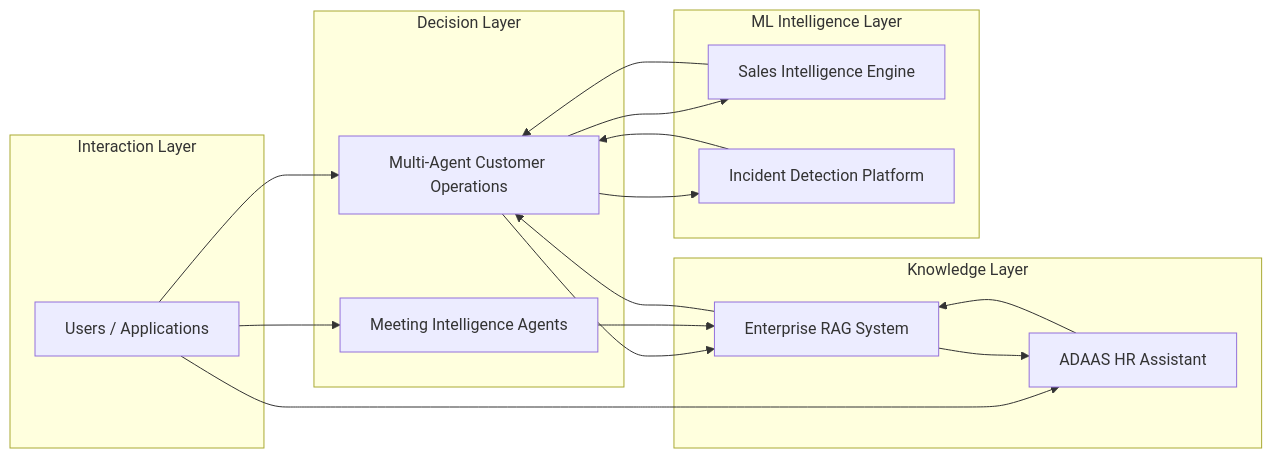
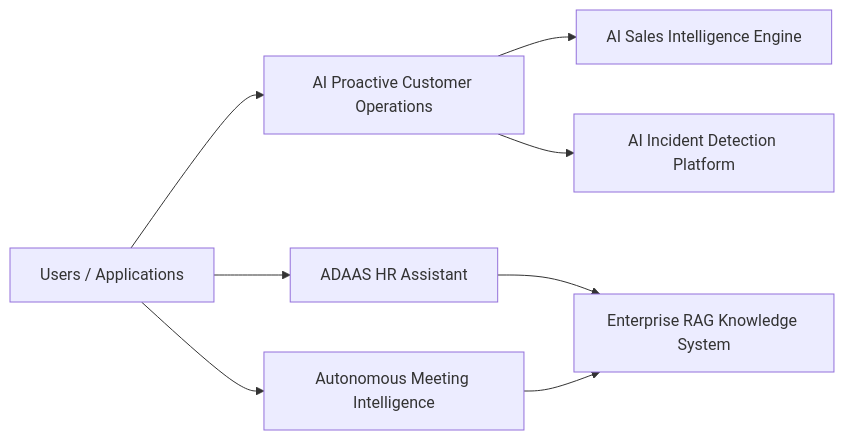
One commit to Adityansh-Chand/ai-engineering-portfolio changed the diagram in README.md. Above: the diagram before and after it, drawn with Mermaid. The commit also changed other lines of this file, not shown here.

````diff
--- a/README.md
+++ b/README.md
@@ -10,39 +9,18 @@
 ```mermaid
 flowchart LR
+  User[Users / Applications]
+  OPS[AI Proactive Customer Operations]
+  MEETING[Autonomous Meeting Intelligence]
+  RAG[Enterprise RAG Knowledge System]
+  ADAAS[ADAAS HR Assistant]
+  SALES[AI Sales Intelligence Engine]
+  INCIDENT[AI Incident Detection Platform]
 
-subgraph Interaction Layer
-User[Users / Applications]
-end
-
-subgraph Decision Layer
-OPS[Multi-Agent Customer Operations]
-MEETING[Meeting Intelligence Agents]
-end
-
-subgraph Knowledge Layer
-RAG[Enterprise RAG System]
-ADAAS[ADAAS HR Assistant]
-end
-
-subgraph ML Intelligence Layer
-SALES[Sales Intelligence Engine]
-INCIDENT[Incident Detection Platform]
-end
-
-User --> OPS
-User --> ADAAS
-User --> MEETING
-
-OPS --> RAG
-ADAAS --> RAG
-MEETING --> RAG
-
-OPS --> SALES
-OPS --> INCIDENT
-
-SALES --> OPS
-INCIDENT --> OPS
-
-RAG --> OPS
-RAG --> ADAAS
+  User --> OPS
+  User --> ADAAS
+  User --> MEETING
+  ADAAS --> RAG
+  OPS --> SALES
+  OPS --> INCIDENT
+  MEETING --> RAG
 ```
````
